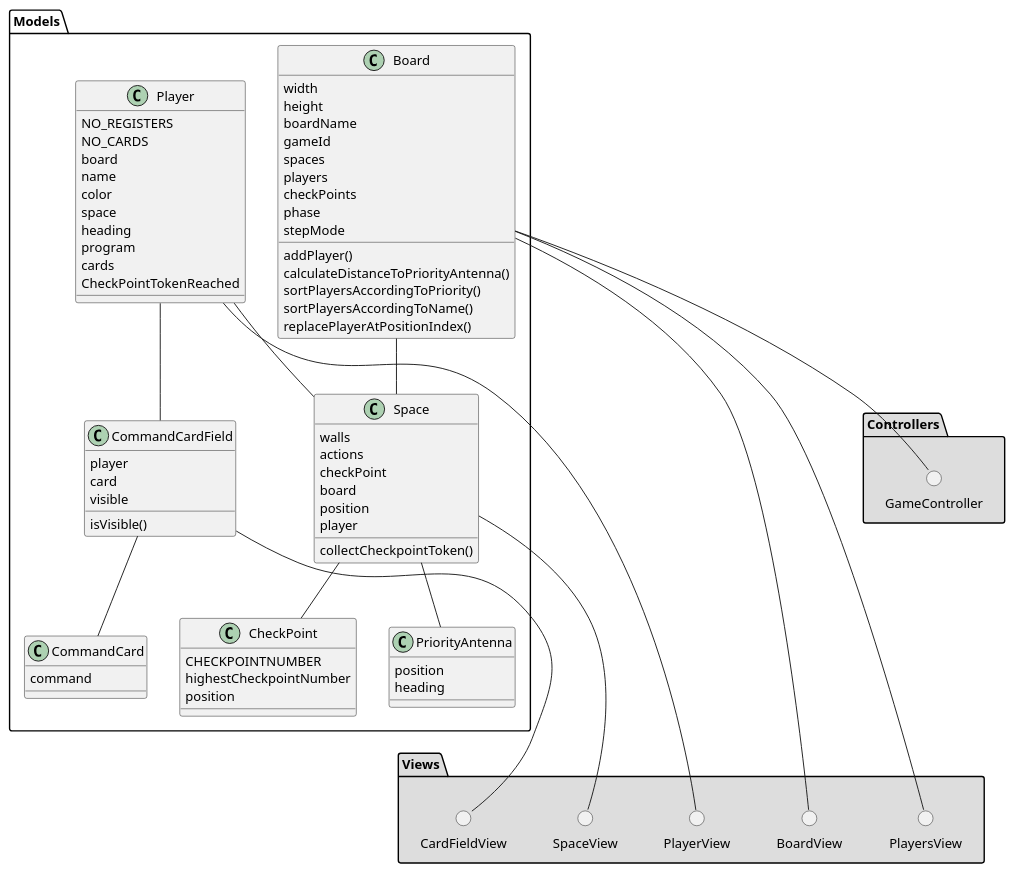
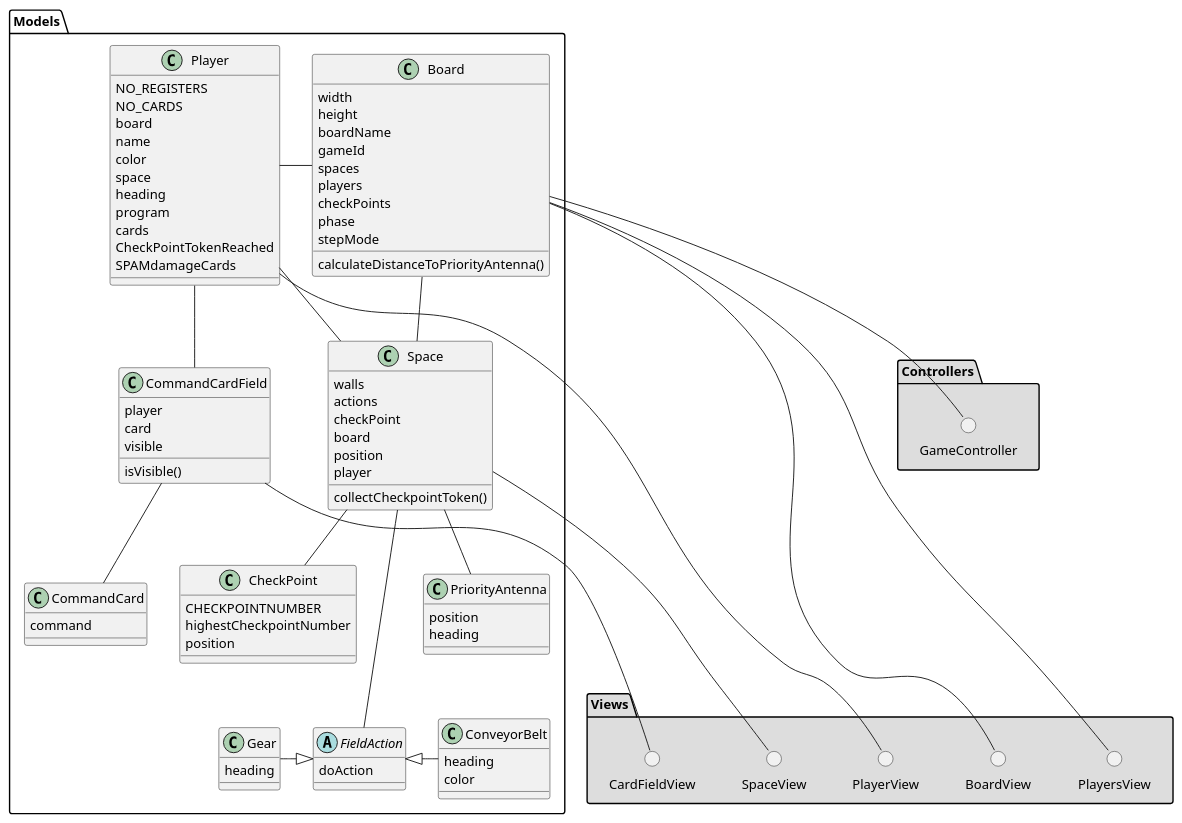
Before and after one commit to MarkBidstrup/RoboRally: the diagram in PlantUML/ModelClassDiagram.puml, drawn with PlantUML. The commit also changed 1 other file, not shown here.

Commit message:
minor changes in class diagrams

```diff
--- a/PlantUML/ModelClassDiagram.puml
+++ b/PlantUML/ModelClassDiagram.puml
@@ -1,107 +1,121 @@
 @startuml
 'https://plantuml.com/class-diagram
 
 package Models {
 
     class Player {
             NO_REGISTERS
             NO_CARDS
             board
             name
             color
             space
             heading
             program
             cards
             CheckPointTokenReached
+            SPAMdamageCards
     }
 
     class PriorityAntenna {
         position
         heading
     }
 
     class CheckPoint {
         CHECKPOINTNUMBER
         highestCheckpointNumber
         position
     }
 
     class Board {
         width
         height
         boardName
         gameId
         spaces
         players
         checkPoints
         phase
         stepMode
 
-        addPlayer()
         calculateDistanceToPriorityAntenna()
-        sortPlayersAccordingToPriority()
-        sortPlayersAccordingToName()
-        replacePlayerAtPositionIndex()
     }
 
     class CommandCard {
         command
     }
 
     class CommandCardField {
         player
         card
         visible
 
         isVisible()
     }
 
     class Space {
         walls
         actions
         checkPoint
         board
         position
         player
 
         collectCheckpointToken()
+    }
+
+    class ConveyorBelt {
+        heading
+        color
+    }
+
+    abstract class FieldAction {
+        doAction
+    }
+
+    class Gear {
+        heading
     }
 
 }
 
 package "Views" #DDDDDD {
 
     () BoardView
     () PlayersView
     () CardFieldView
     () PlayerView
     () SpaceView
 
 }
 
 package "Controllers" #DDDDDD {
 
     () GameController
 
 }
 
 'Models
 Board -- Space
 Space -- CheckPoint
 Space -- PriorityAntenna
 Player -- Space
 Player -- CommandCardField
+Player - Board
 CommandCardField -- CommandCard
+ConveyorBelt -L|> FieldAction
+Gear -|> FieldAction
+Space --- FieldAction
 
 'Views
 Board --- BoardView
 Board --- PlayersView
 CommandCardField --- CardFieldView
 Player --- PlayerView
 Space --- SpaceView
 
 'Controllers
 Board -- GameController
 
 @enduml
```
